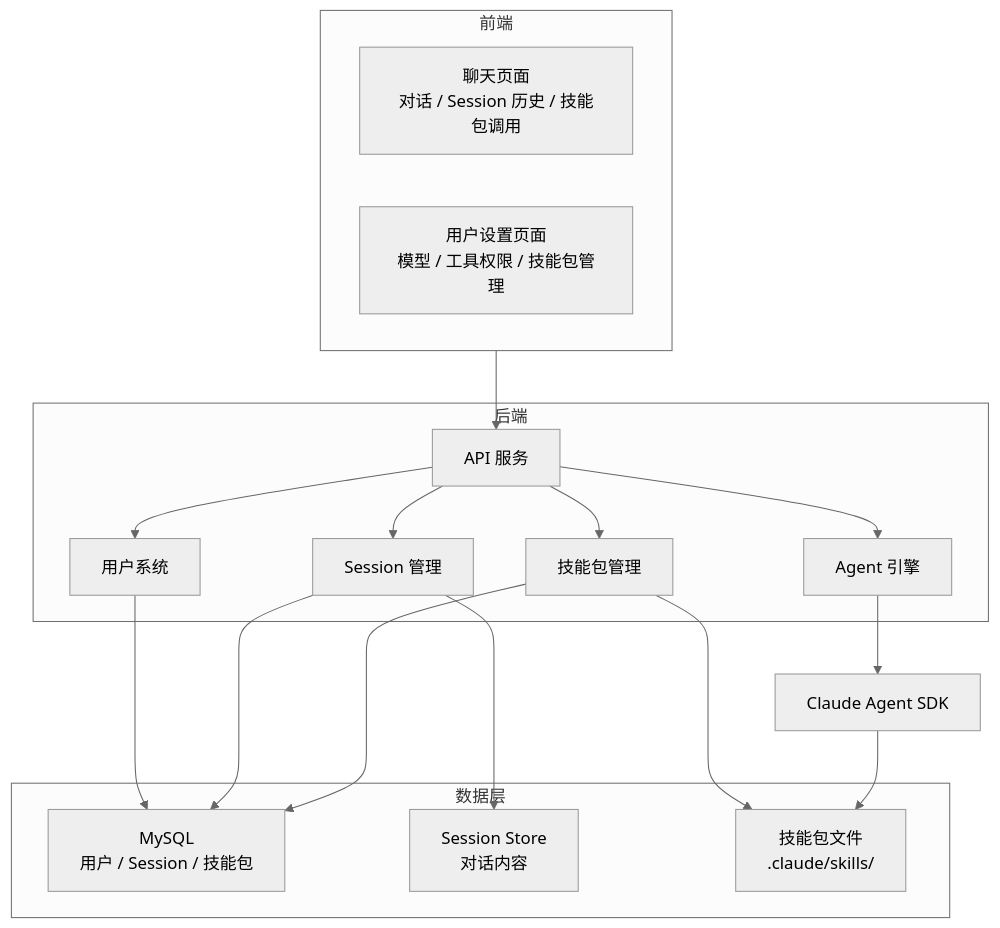
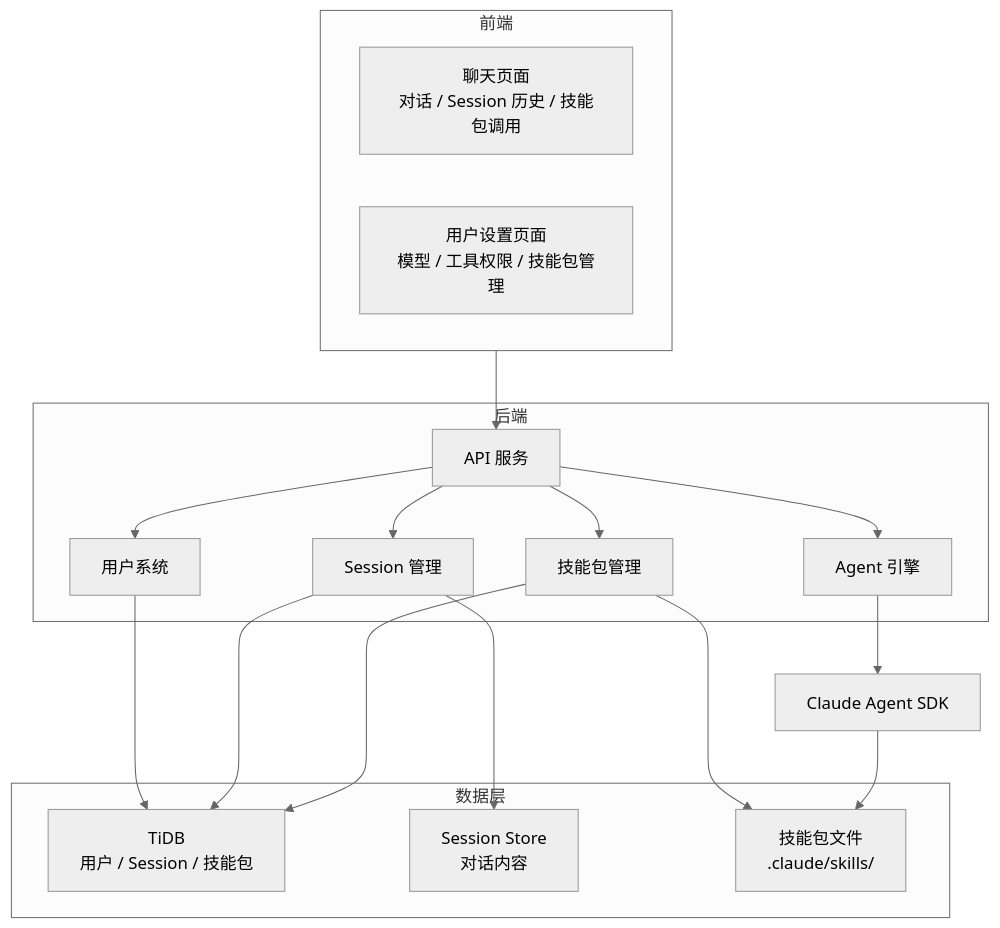
The first of 20 diagrams in agent/agent_project_design_1.md (xiaocaipi/mm-doc), drawn with Mermaid (neutral theme) before and after one commit. The commit also changed other lines of this file, not shown here.

````diff
--- a/agent/agent_project_design_1.md
+++ b/agent/agent_project_design_1.md
@@ -69,34 +69,34 @@
 ```mermaid
 graph TB
     subgraph FRONTEND["前端"]
         CHAT["聊天页面<br/>对话 / Session 历史 / 技能包调用"]
         SETTINGS["用户设置页面<br/>模型 / 工具权限 / 技能包管理"]
     end
 
     subgraph BACKEND["后端"]
         API["API 服务"]
         USER["用户系统"]
         SESSION["Session 管理"]
         AGENT["Agent 引擎"]
         SKILLS["技能包管理"]
     end
 
     subgraph DATABASE["数据层"]
-        DB["MySQL<br/>用户 / Session / 技能包"]
+        DB["TiDB<br/>用户 / Session / 技能包"]
         STORE["Session Store<br/>对话内容"]
         SKILL_FILES["技能包文件<br/>.claude/skills/"]
     end
 
     FRONTEND --> API
     API --> USER
     API --> SESSION
     API --> AGENT
     API --> SKILLS
     USER --> DB
     SESSION --> DB
     SESSION --> STORE
     SKILLS --> DB
     SKILLS --> SKILL_FILES
     AGENT --> SDK["Claude Agent SDK"]
     SDK --> SKILL_FILES
 ```
````
